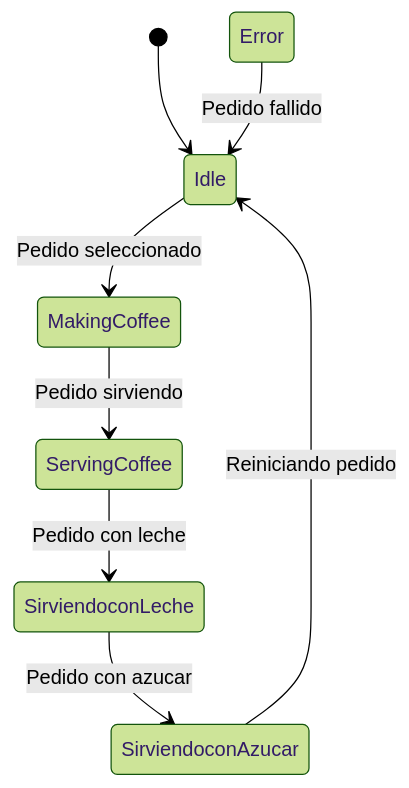
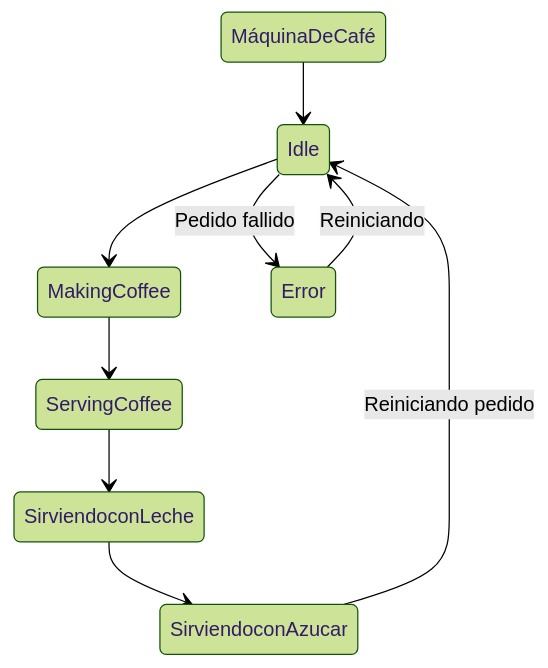
The diagram in Readme.md (Dimitri2004/MaquinaDeCafe_Definitiva), drawn with Mermaid (forest theme) before and after one commit. The commit also changed 2 other files, not shown here.

Commit message:
Readme Refractor 0.4

````diff
--- a/Readme.md
+++ b/Readme.md
@@ -1,12 +1,13 @@
 ```mermaid
 
 stateDiagram-v2
-    [*] --> Idle
-    Idle --> MakingCoffee: Pedido seleccionado
-    MakingCoffee --> ServingCoffee: Pedido sirviendo
-    ServingCoffee --> SirviendoconLeche: Pedido con leche
-    SirviendoconLeche --> SirviendoconAzucar: Pedido con azucar
+   MáquinaDeCafé --> Idle
+    Idle --> MakingCoffee
+    MakingCoffee --> ServingCoffee: 
+    ServingCoffee --> SirviendoconLeche
+    SirviendoconLeche --> SirviendoconAzucar
     SirviendoconAzucar --> Idle: Reiniciando pedido
-    Error --> Idle: Pedido fallido
-
+    Idle --> Error: Pedido fallido
+    Error --> Idle: Reiniciando
+    
 ```
````
